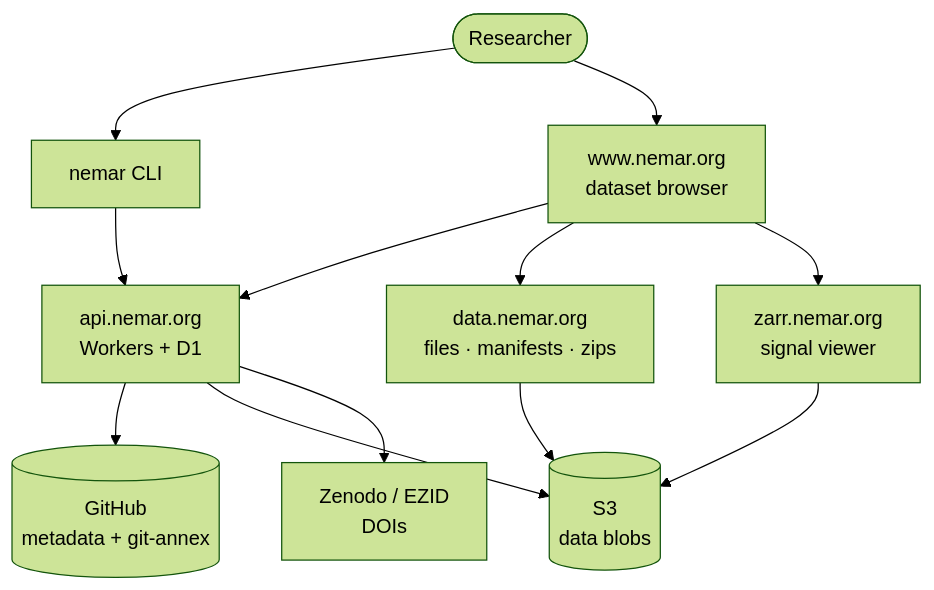
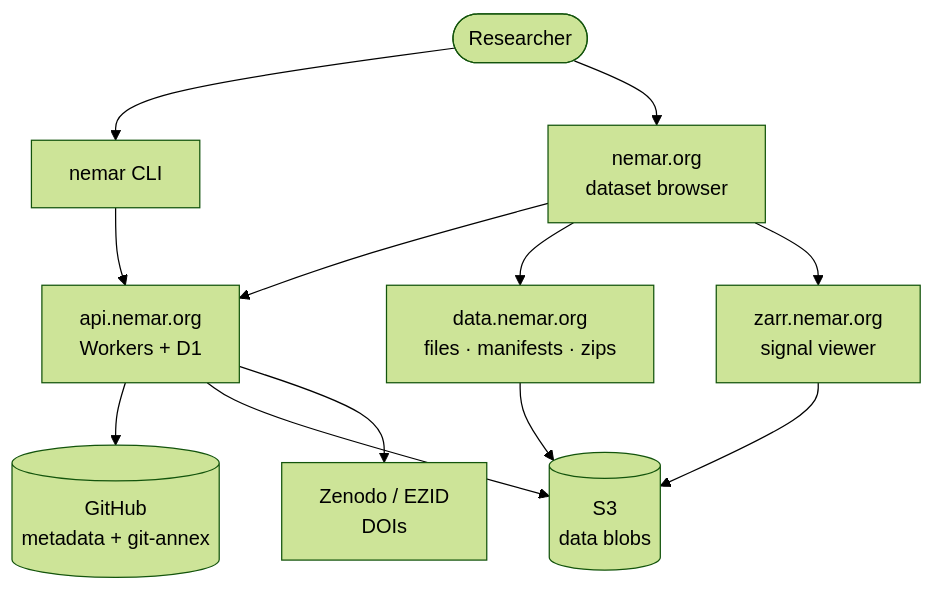
Before and after one commit to nemarOrg/docs: the first of 2 diagrams in src/content/docs/ecosystem/index.md, drawn with Mermaid (forest theme). The commit also changed other lines of this file and 9 other files, not shown here.

Commit message:
Use canonical nemar.org host; fix stale AGENTS.md cutover note

````diff
--- a/src/content/docs/ecosystem/index.md
+++ b/src/content/docs/ecosystem/index.md
@@ -12,24 +12,24 @@
 ```mermaid
 flowchart TB
   User([Researcher])
   CLI["nemar CLI"]
-  Web["www.nemar.org<br/>dataset browser"]
+  Web["nemar.org<br/>dataset browser"]
   API["api.nemar.org<br/>Workers + D1"]
   Data["data.nemar.org<br/>files · manifests · zips"]
   Zarr["zarr.nemar.org<br/>signal viewer"]
   GH[("GitHub<br/>metadata + git-annex")]
   S3[("S3<br/>data blobs")]
   DOI["Zenodo / EZID<br/>DOIs"]
 
   User --> CLI
   User --> Web
   CLI --> API
   Web --> API
   Web --> Data
   Web --> Zarr
   API --> GH
   API --> S3
   API --> DOI
   Data --> S3
   Zarr --> S3
 ```
````
